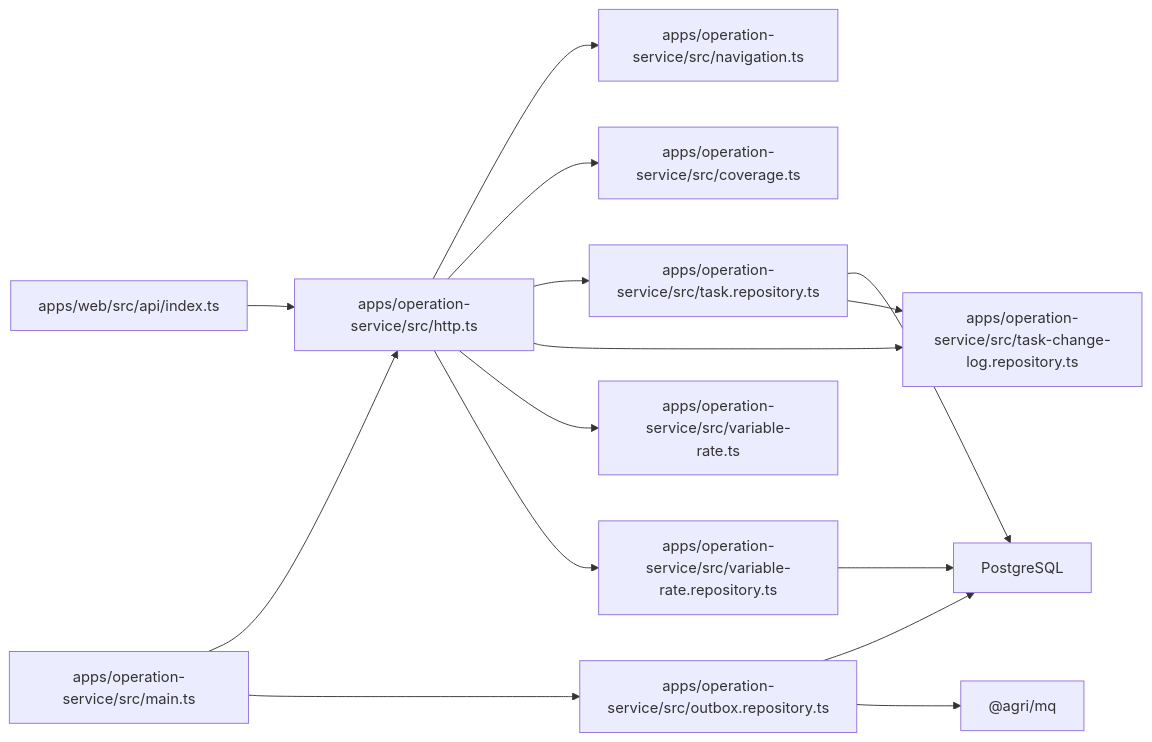
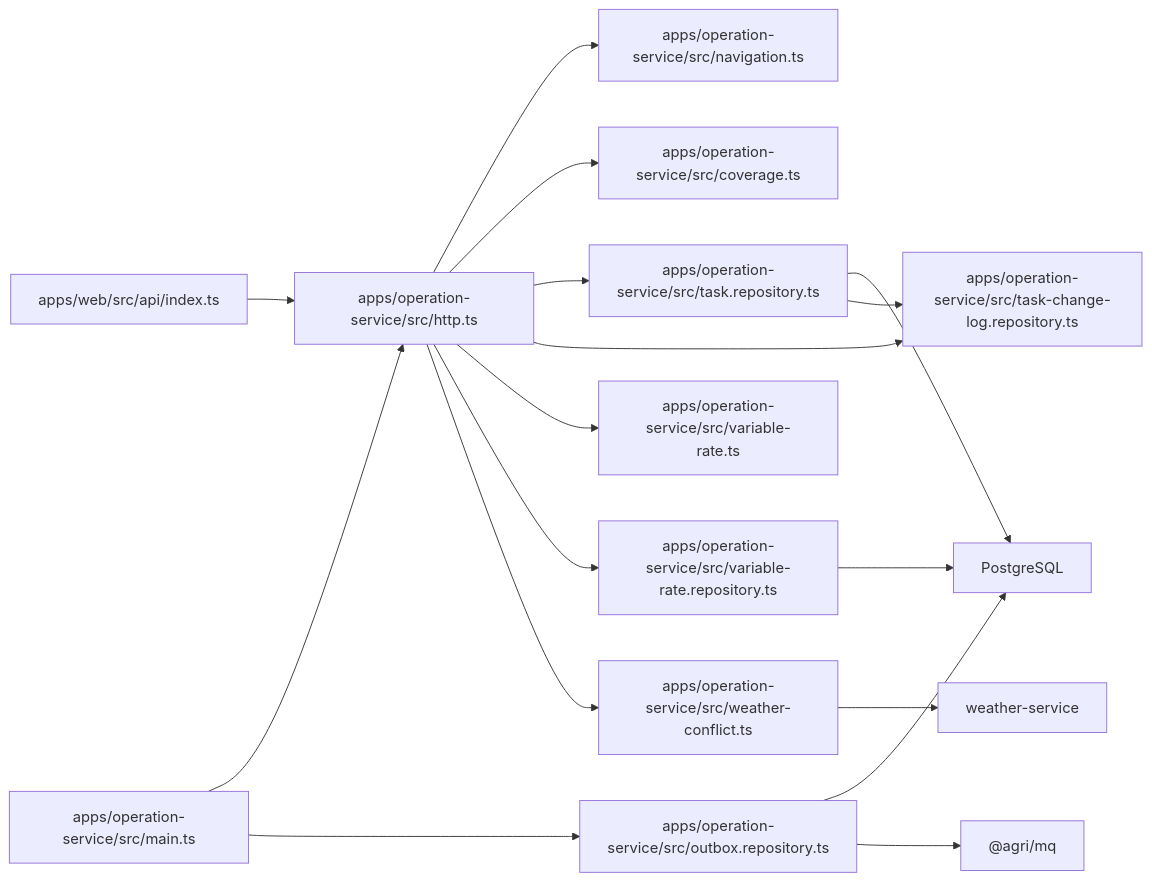
One commit to q446328246/agri-platform changed diagram 13 of 14 in .qoder/repowiki/zh/content/核心服务文档/作业服务/作业服务.md. Above: the diagram before and after it, drawn with Mermaid. The commit also changed other lines of this file and 47 other files, not shown here.

````diff
--- a/.qoder/repowiki/zh/content/核心服务文档/作业服务/作业服务.md
+++ b/.qoder/repowiki/zh/content/核心服务文档/作业服务/作业服务.md
@@ -628,17 +691,19 @@
 ```mermaid
 graph LR
 WebAPI["apps/web/src/api/index.ts"] --> HTTP["apps/operation-service/src/http.ts"]
 HTTP --> NAV["apps/operation-service/src/navigation.ts"]
 HTTP --> COV["apps/operation-service/src/coverage.ts"]
 HTTP --> TASK["apps/operation-service/src/task.repository.ts"]
 HTTP --> CHANGELOG["apps/operation-service/src/task-change-log.repository.ts"]
 HTTP --> VARRATE["apps/operation-service/src/variable-rate.ts"]
 HTTP --> VARREPO["apps/operation-service/src/variable-rate.repository.ts"]
+HTTP --> WEATHER["apps/operation-service/src/weather-conflict.ts"]
 MAIN["apps/operation-service/src/main.ts"] --> HTTP
 MAIN --> OUTBOX["apps/operation-service/src/outbox.repository.ts"]
 TASK --> DB["PostgreSQL"]
 TASK --> CHANGELOG
 VARREPO --> DB
 OUTBOX --> DB
 OUTBOX --> MQ["@agri/mq"]
+WEATHER --> WX["weather-service"]
 ```
````
